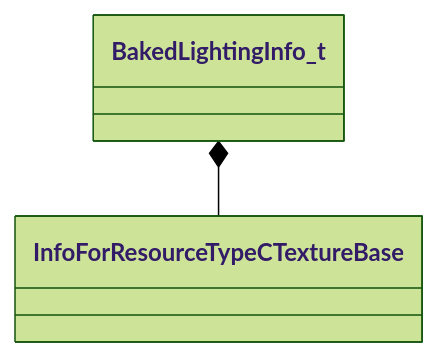
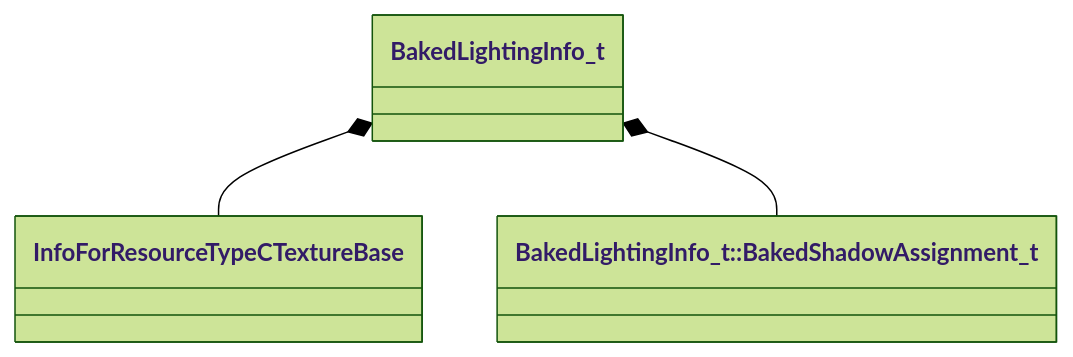
The diagram in docs/generated/schemas/worldrenderer/BakedLightingInfo_t.md (CS2OpenDev/CS2OpenDev-Docs), drawn with Mermaid (forest theme) before and after one commit. The commit also changed other lines of this file and 4525 other files, not shown here.

````diff
--- a/docs/generated/schemas/worldrenderer/BakedLightingInfo_t.md
+++ b/docs/generated/schemas/worldrenderer/BakedLightingInfo_t.md
@@ -15,4 +17,5 @@
 ```mermaid
 classDiagram
     BakedLightingInfo_t *-- InfoForResourceTypeCTextureBase
+    BakedLightingInfo_t *-- `BakedLightingInfo_t::BakedShadowAssignment_t`
 ```
````
